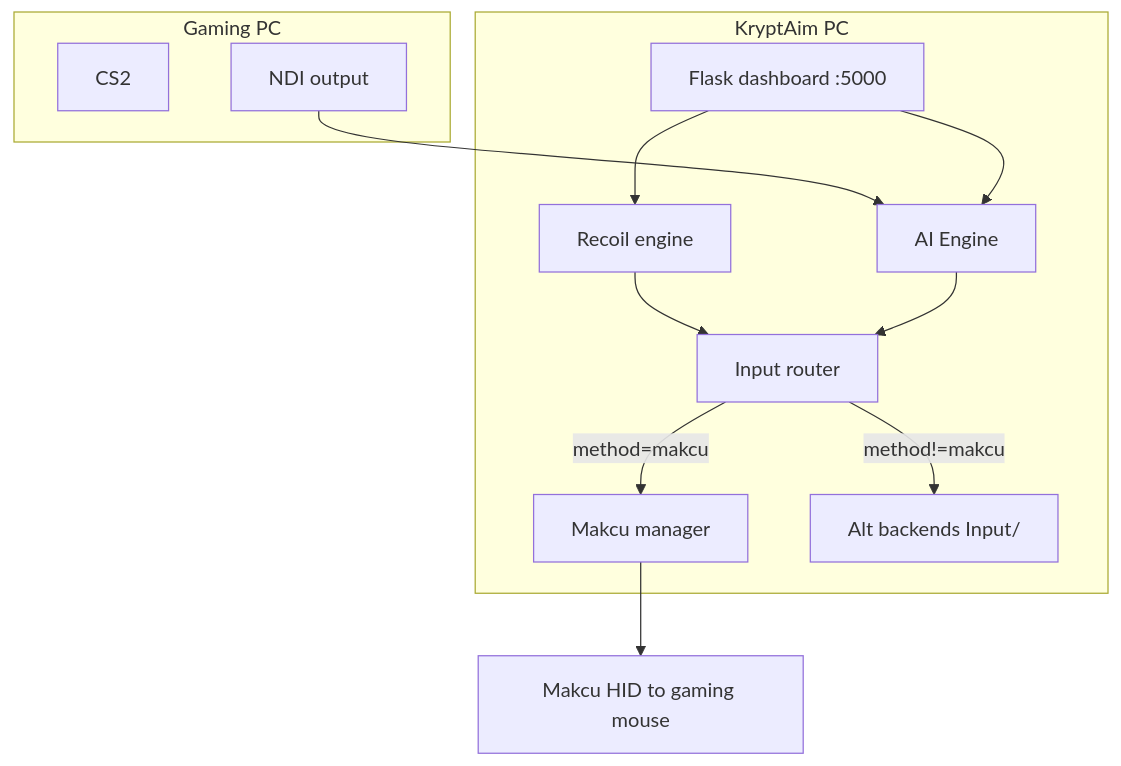
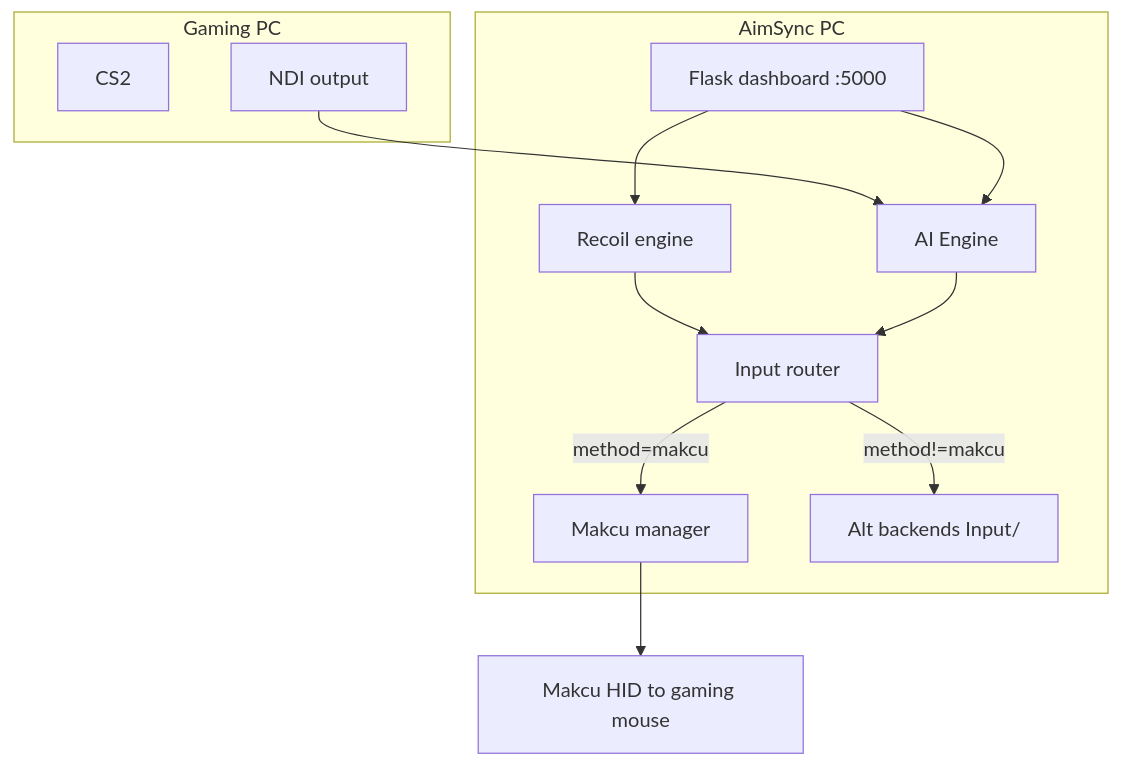
Before and after one commit to Kava4/KryptAim: the diagram in wiki/Roadmap.md, drawn with Mermaid. The commit also changed other lines of this file and 85 other files, not shown here.

Commit message:
revert: restore AimSync branding and point updates to Kava4/AimSync

````diff
--- a/wiki/Roadmap.md
+++ b/wiki/Roadmap.md
@@ -192,23 +192,23 @@
 ```mermaid
 flowchart TB
-  subgraph aimSyncPC [KryptAim PC]
+  subgraph aimSyncPC [AimSync PC]
     UI[Flask dashboard :5000]
     Recoil[Recoil engine]
     AI[AI Engine]
     Router[Input router]
     Makcu[Makcu manager]
     Alt[Alt backends Input/]
   end
   subgraph gamingPC [Gaming PC]
     Game[CS2]
     NDI[NDI output]
   end
   NDI --> AI
   UI --> Recoil
   UI --> AI
   Recoil --> Router
   AI --> Router
   Router -->|method=makcu| Makcu
   Router -->|method!=makcu| Alt
   Makcu --> HID[Makcu HID to gaming mouse]
 ```
````
